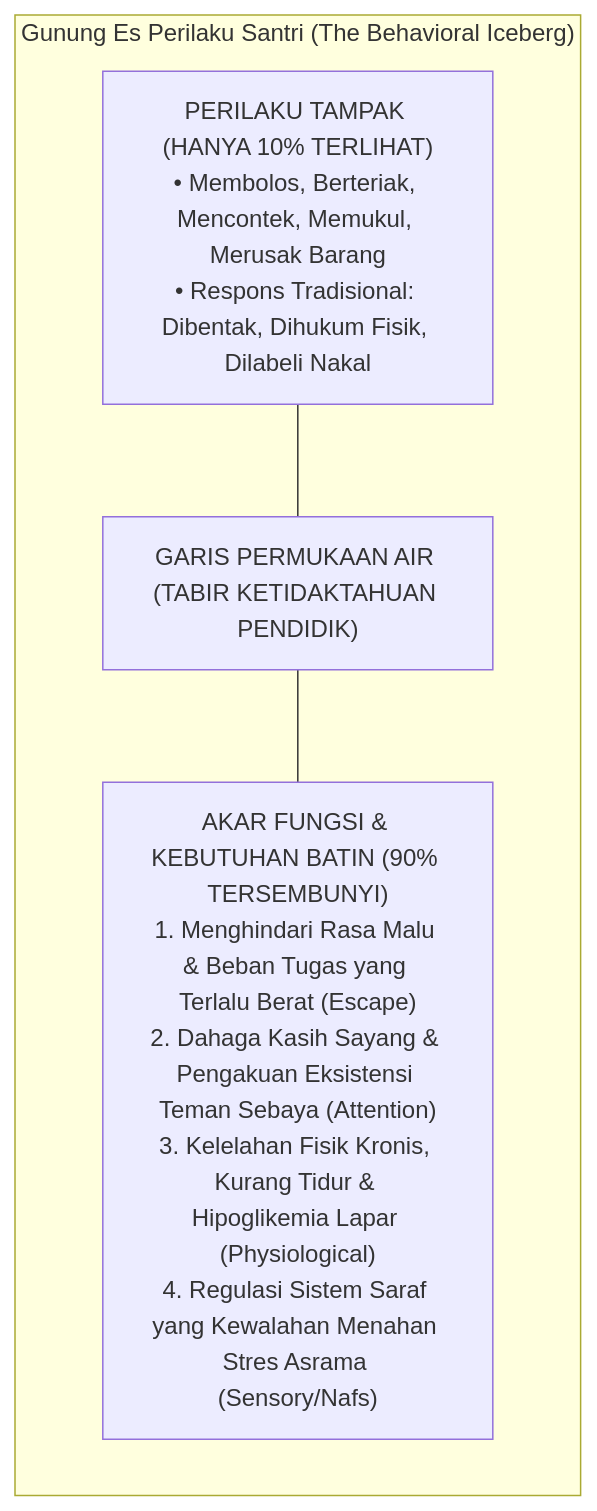
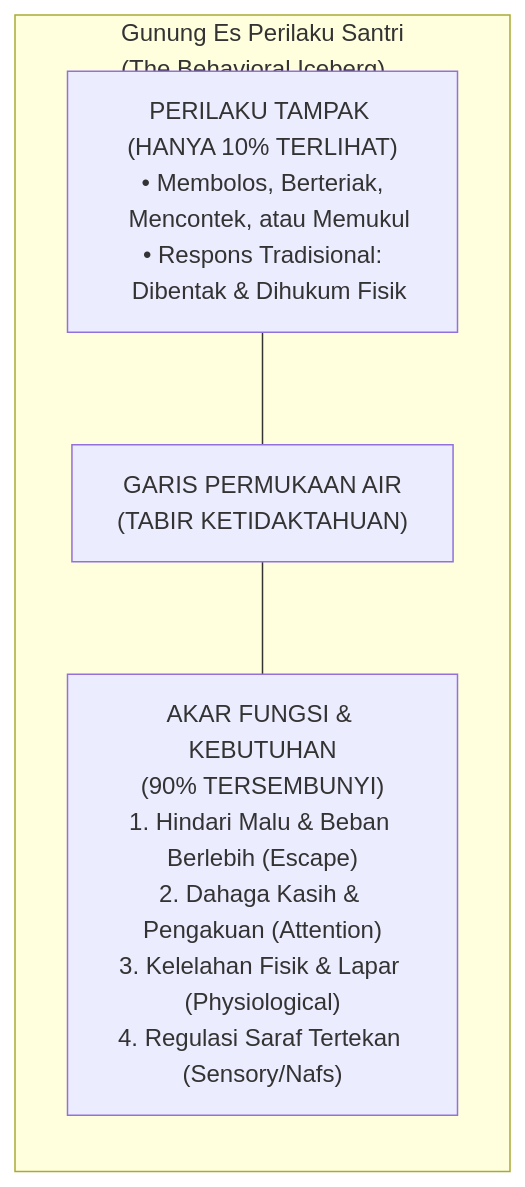
The first of 2 diagrams in BOOK Series 1/01-The-Fundamental-of-TUMBUH/Bab-17-Functional-Behavior-Assessment-dalam-Konteks-Pesantren.md (wandiapriliyandi/tumbuh), drawn with Mermaid before and after one commit. The commit also changed 37 other files, not shown here.

Commit message:
fix(book-01): optimasi pemenggalan teks dan overflow seluruh diagram serta render ulang 20 PDF

````diff
--- a/BOOK Series 1/01-The-Fundamental-of-TUMBUH/Bab-17-Functional-Behavior-Assessment-dalam-Konteks-Pesantren.md
+++ b/BOOK Series 1/01-The-Fundamental-of-TUMBUH/Bab-17-Functional-Behavior-Assessment-dalam-Konteks-Pesantren.md
@@ -46,14 +46,14 @@
 ```mermaid
 graph TD
-    subgraph GUNUNG_ES_PERILAKU["Gunung Es Perilaku Santri (The Behavioral Iceberg)"]
+    subgraph GUNUNG_ES_PERILAKU["Gunung Es Perilaku Santri<br/>(The Behavioral Iceberg)"]
         direction TB
-        T["PERILAKU TAMPAK (HANYA 10% TERLIHAT)<br/>• Membolos, Berteriak, Mencontek, Memukul, Merusak Barang<br/>• Respons Tradisional: Dibentak, Dihukum Fisik, Dilabeli Nakal"]
+        T["PERILAKU TAMPAK (HANYA 10% TERLIHAT)<br/>• Membolos, Berteriak,<br/>  Mencontek, atau Memukul<br/>• Respons Tradisional:<br/>  Dibentak & Dihukum Fisik"]
         
-        A["GARIS PERMUKAAN AIR (TABIR KETIDAKTAHUAN PENDIDIK)"]
+        A["GARIS PERMUKAAN AIR<br/>(TABIR KETIDAKTAHUAN)"]
         
-        B["AKAR FUNGSI & KEBUTUHAN BATIN (90% TERSEMBUNYI)<br/>1. Menghindari Rasa Malu & Beban Tugas yang Terlalu Berat (Escape)<br/>2. Dahaga Kasih Sayang & Pengakuan Eksistensi Teman Sebaya (Attention)<br/>3. Kelelahan Fisik Kronis, Kurang Tidur & Hipoglikemia Lapar (Physiological)<br/>4. Regulasi Sistem Saraf yang Kewalahan Menahan Stres Asrama (Sensory/Nafs)"]
+        B["AKAR FUNGSI & KEBUTUHAN<br/>(90% TERSEMBUNYI)<br/>1. Hindari Malu & Beban Berlebih (Escape)<br/>2. Dahaga Kasih & Pengakuan (Attention)<br/>3. Kelelahan Fisik & Lapar (Physiological)<br/>4. Regulasi Saraf Tertekan (Sensory/Nafs)"]
         
         T --- A
         A --- B
     end
 ```
````
